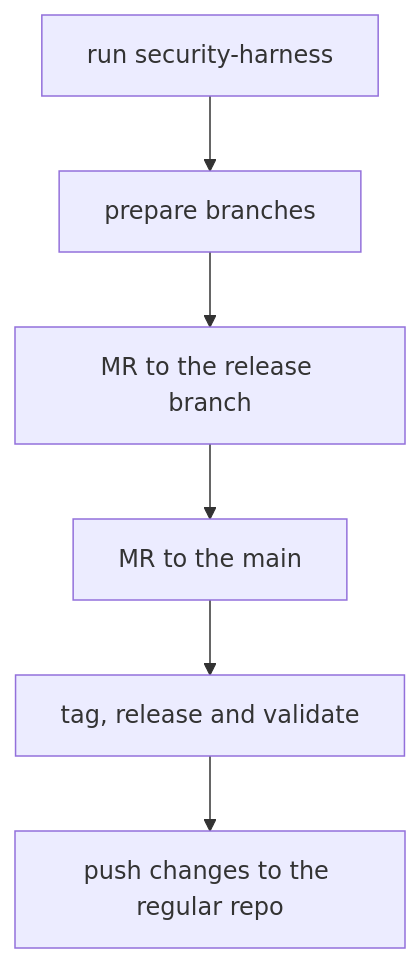
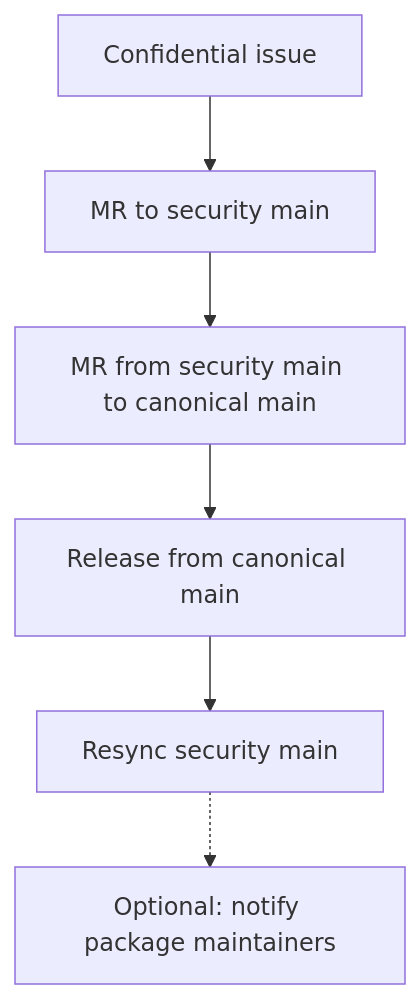
Before and after one commit to wenerme/ai: the diagram in skills/glab-docs/references/security_releases.md, drawn with Mermaid. The commit also changed other lines of this file and 639 other files, not shown here.

````diff
--- a/skills/glab-docs/references/security_releases.md
+++ b/skills/glab-docs/references/security_releases.md
@@ -21,8 +28,8 @@
 ```mermaid
 graph TD;
-A[run security-harness] --> B[prepare branches]
-B --> C[MR to the release branch]
-C --> D[MR to the main]
-D --> E[tag, release and validate]
-E --> F[push changes to the regular repo]
+A[Confidential issue] --> B[MR to security main]
+B --> D[MR from security main to canonical main]
+D --> E[Release from canonical main]
+E --> F[Resync security main]
+F -.-> G[Optional: notify package maintainers]
 ```
````
